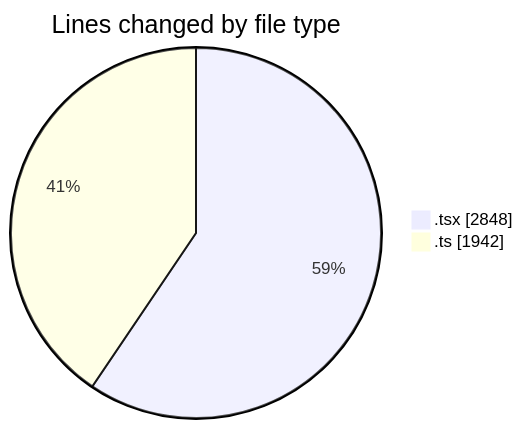
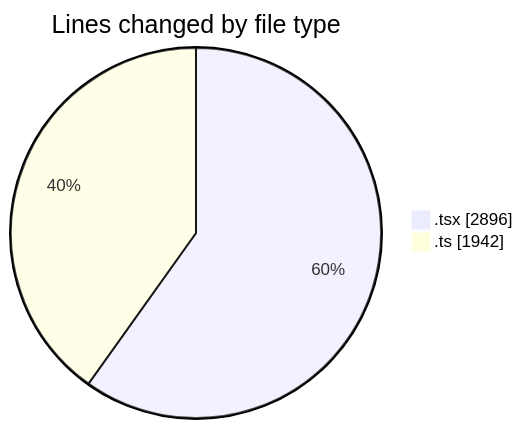
Before and after one commit to nxtqubesakshisongat/code-tracking: the first of 2 diagrams in 2026-02-20/nxtqube_webapp/README.md, drawn with Mermaid. The commit also changed other lines of this file and 1 other file, not shown here.

````diff
--- a/2026-02-20/nxtqube_webapp/README.md
+++ b/2026-02-20/nxtqube_webapp/README.md
@@ -31,6 +31,6 @@
 ```mermaid
 pie showData
 title Lines changed by file type
-".tsx" : 2848
+".tsx" : 2896
 ".ts" : 1942
 ```
````
